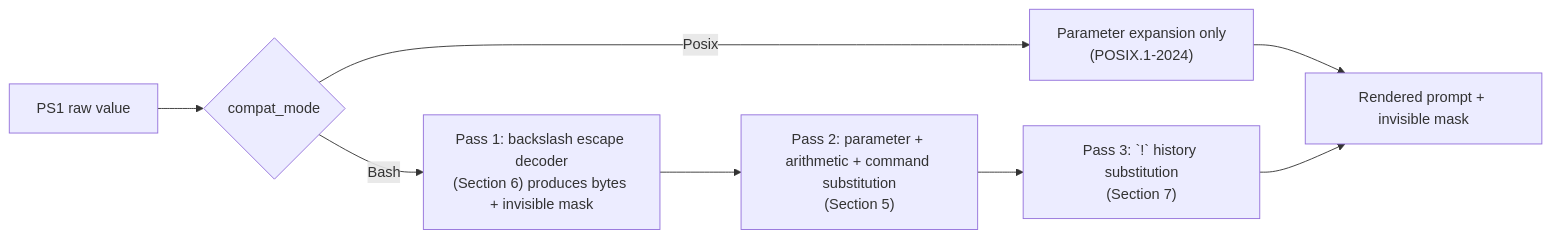
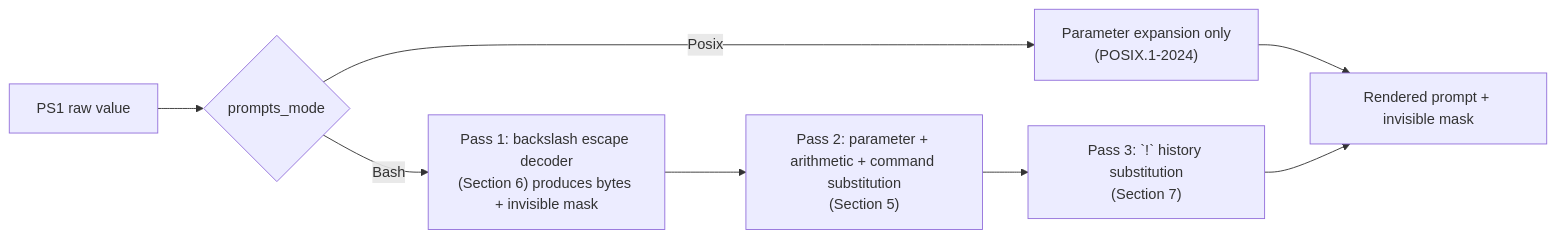
Before and after one commit to paveluv/meiksh: the diagram in docs/features/ps1-prompt-extensions.md, drawn with Mermaid. The commit also changed other lines of this file and 3 other files, not shown here.

````diff
--- a/docs/features/ps1-prompt-extensions.md
+++ b/docs/features/ps1-prompt-extensions.md
@@ -141,14 +141,14 @@
 ```mermaid
 flowchart LR
     Raw["PS1 raw value"]
-    Gate{"compat_mode"}
+    Gate{"prompts_mode"}
     Posix["Parameter expansion only<br>(POSIX.1-2024)"]
     Esc["Pass 1: backslash escape decoder<br>(Section 6) produces bytes + invisible mask"]
     Param["Pass 2: parameter + arithmetic + command substitution<br>(Section 5)"]
     Hist["Pass 3: `!` history substitution<br>(Section 7)"]
     Out["Rendered prompt + invisible mask"]
 
     Raw --> Gate
     Gate -->|"Posix"| Posix --> Out
     Gate -->|"Bash"| Esc --> Param --> Hist --> Out
 ```
````
